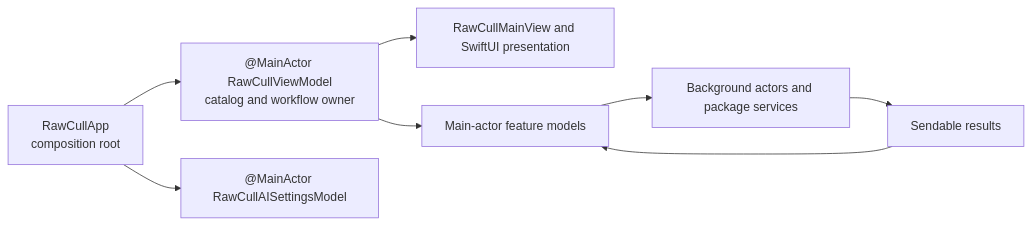
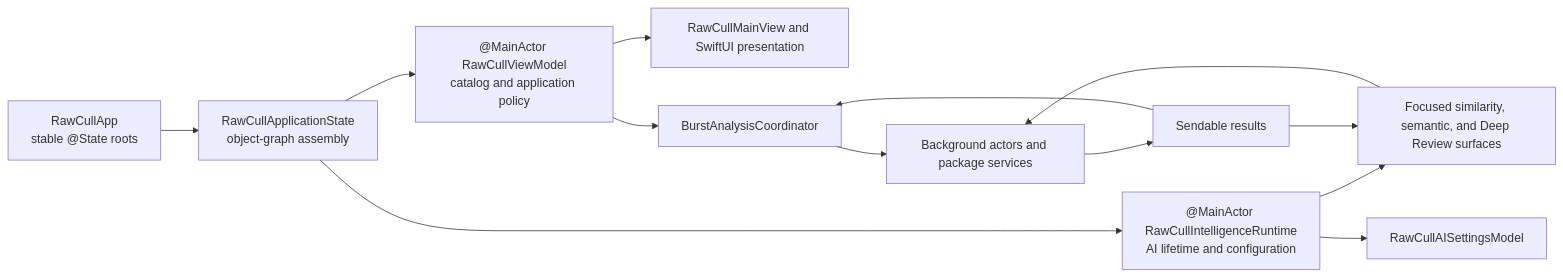
Before and after one commit to rsyncOSX/TechDocRawcull: the first of 2 diagrams in content/en/docs/concurrency.md, drawn with Mermaid. The commit also changed other lines of this file and 13 other files, not shown here.

````diff
--- a/content/en/docs/concurrency.md
+++ b/content/en/docs/concurrency.md
@@ -43,10 +47,15 @@
 ```mermaid
 flowchart LR
-    APP["RawCullApp<br/>composition root"] --> VM["@MainActor RawCullViewModel<br/>catalog and workflow owner"]
-    APP --> AIS["@MainActor RawCullAISettingsModel"]
+    APP["RawCullApp<br/>stable @State roots"] --> STATE["RawCullApplicationState<br/>object-graph assembly"]
+    STATE --> VM["@MainActor RawCullViewModel<br/>catalog and application policy"]
+    STATE --> RT["@MainActor RawCullIntelligenceRuntime<br/>AI lifetime and configuration"]
+    RT --> AIS["RawCullAISettingsModel"]
+    RT --> FEATURES["Focused similarity, semantic, and Deep Review surfaces"]
     VM --> VIEW["RawCullMainView and SwiftUI presentation"]
-    VM --> MODELS["Main-actor feature models"]
-    MODELS --> ACTORS["Background actors and package services"]
+    VM --> BURST["BurstAnalysisCoordinator"]
+    FEATURES --> ACTORS["Background actors and package services"]
+    BURST --> ACTORS
     ACTORS --> VALUES["Sendable results"]
-    VALUES --> MODELS
+    VALUES --> FEATURES
+    VALUES --> BURST
 ```
````
